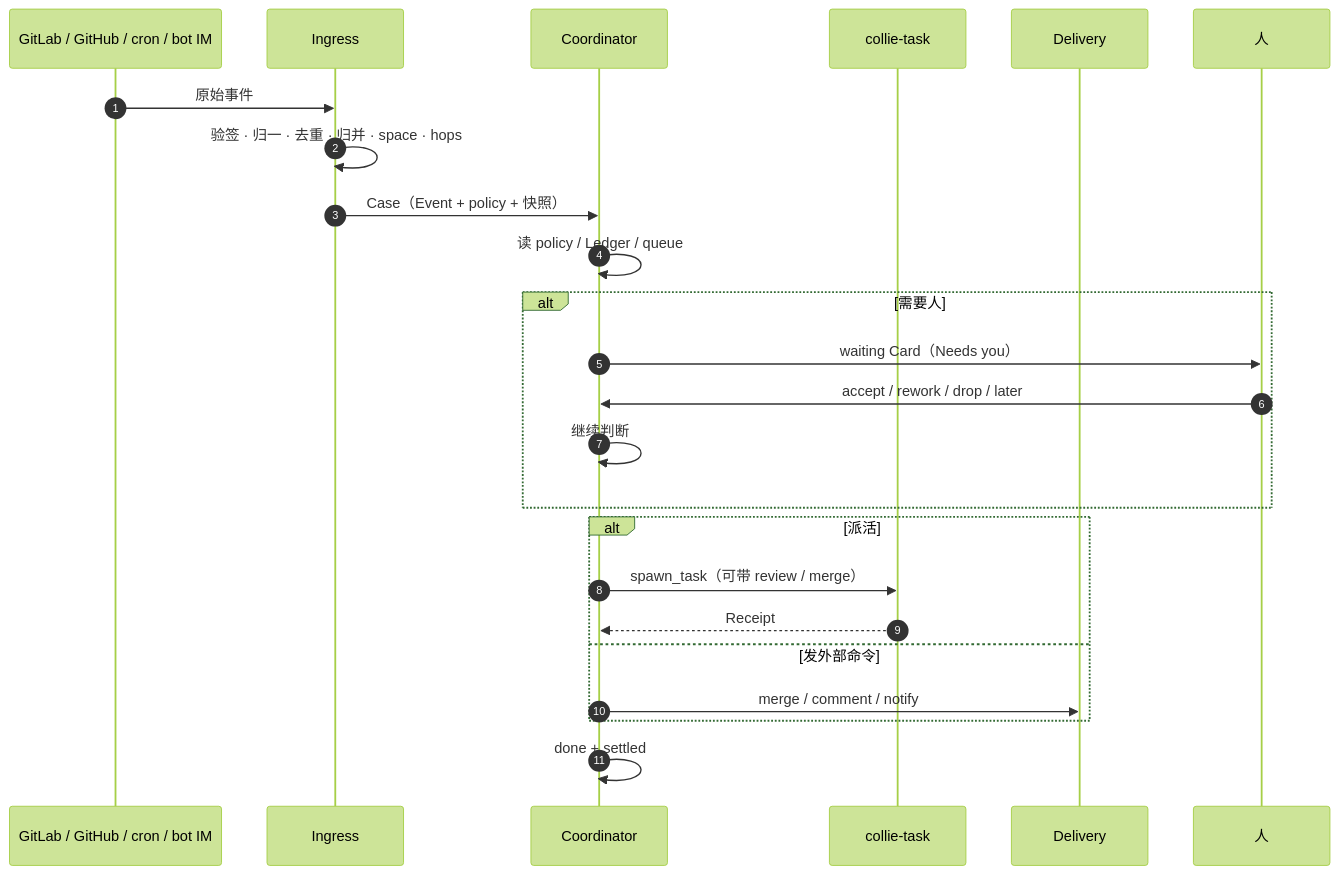
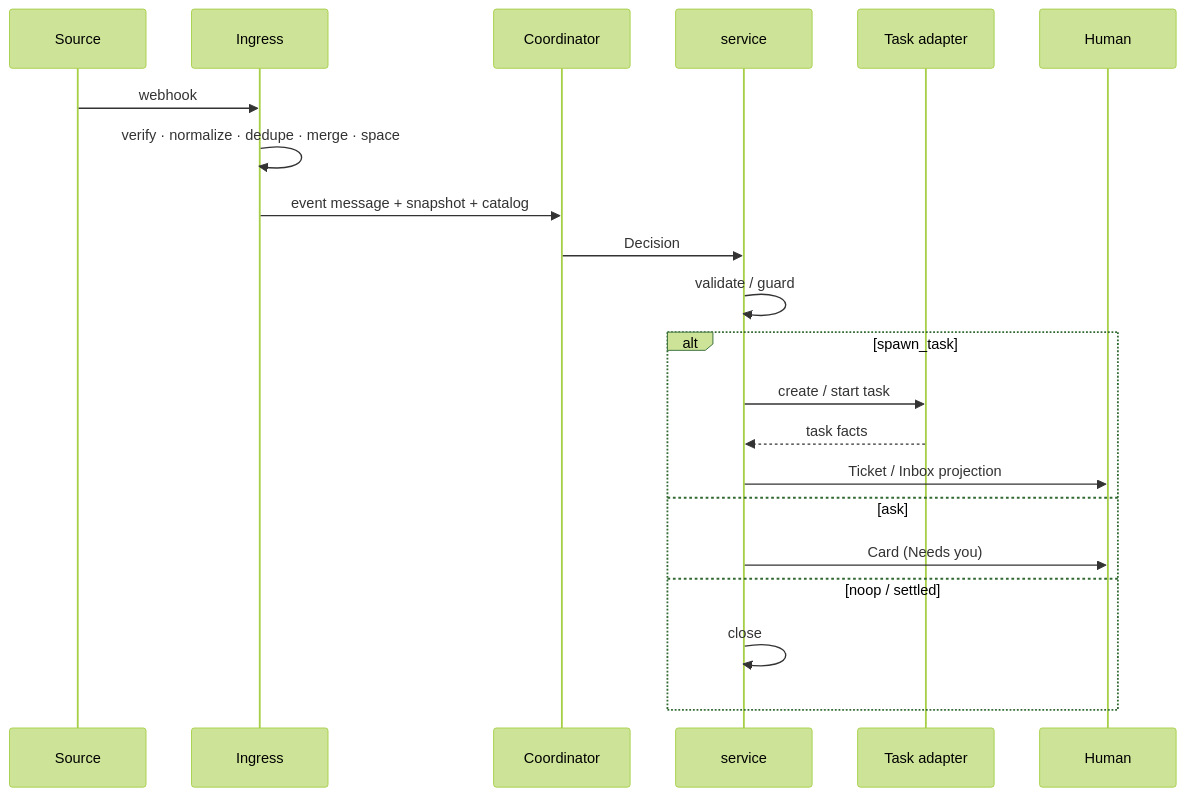
The second of 3 diagrams in docs/ARCHITECTURE.md (iodone/collie), drawn with Mermaid (forest theme) before and after one commit. The commit also changed other lines of this file, not shown here.

Commit message:
docs: rewrite architecture around message dispatch

````diff
--- a/docs/ARCHITECTURE.md
+++ b/docs/ARCHITECTURE.md
@@ -564,27 +160,24 @@
 ```mermaid
 sequenceDiagram
-  autonumber
-  participant S as GitLab / GitHub / cron / bot IM
+  participant S as Source
   participant I as Ingress
   participant C as Coordinator
-  participant T as collie-task
-  participant E as Delivery
-  participant U as 人
+  participant V as service
+  participant T as Task adapter
+  participant U as Human
 
-  S->>I: 原始事件
-  I->>I: 验签 · 归一 · 去重 · 归并 · space · hops
-  I->>C: Case（Event + policy + 快照）
-  C->>C: 读 policy / Ledger / queue
-  alt 需要人
-    C->>U: waiting Card（Needs you）
-    U->>C: accept / rework / drop / later
-    C->>C: 继续判断
+  S->>I: webhook
+  I->>I: verify · normalize · dedupe · merge · space
+  I->>C: event message + snapshot + catalog
+  C->>V: Decision
+  V->>V: validate / guard
+  alt spawn_task
+    V->>T: create / start task
+    T-->>V: task facts
+    V->>U: Ticket / Inbox projection
+  else ask
+    V->>U: Card (Needs you)
+  else noop / settled
+    V->>V: close
   end
-  alt 派活
-    C->>T: spawn_task（可带 review / merge）
-    T-->>C: Receipt
-  else 发外部命令
-    C->>E: merge / comment / notify
-  end
-  C->>C: done + settled
 ```
````
